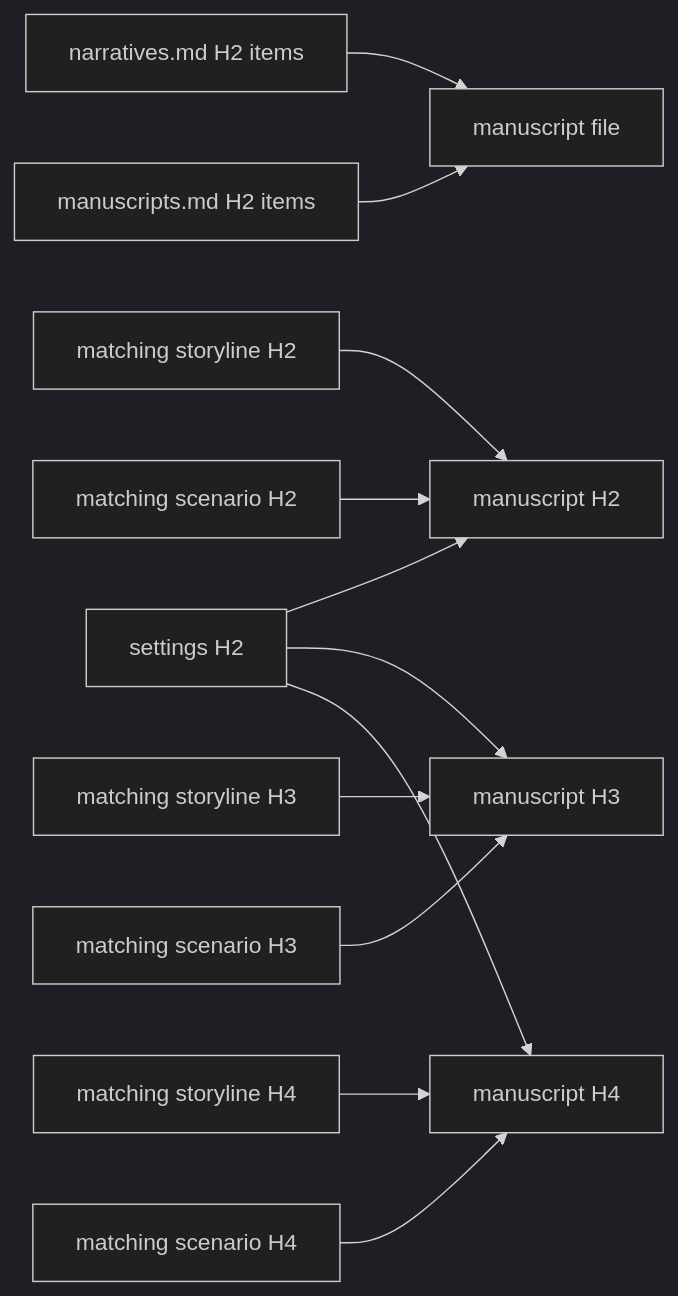
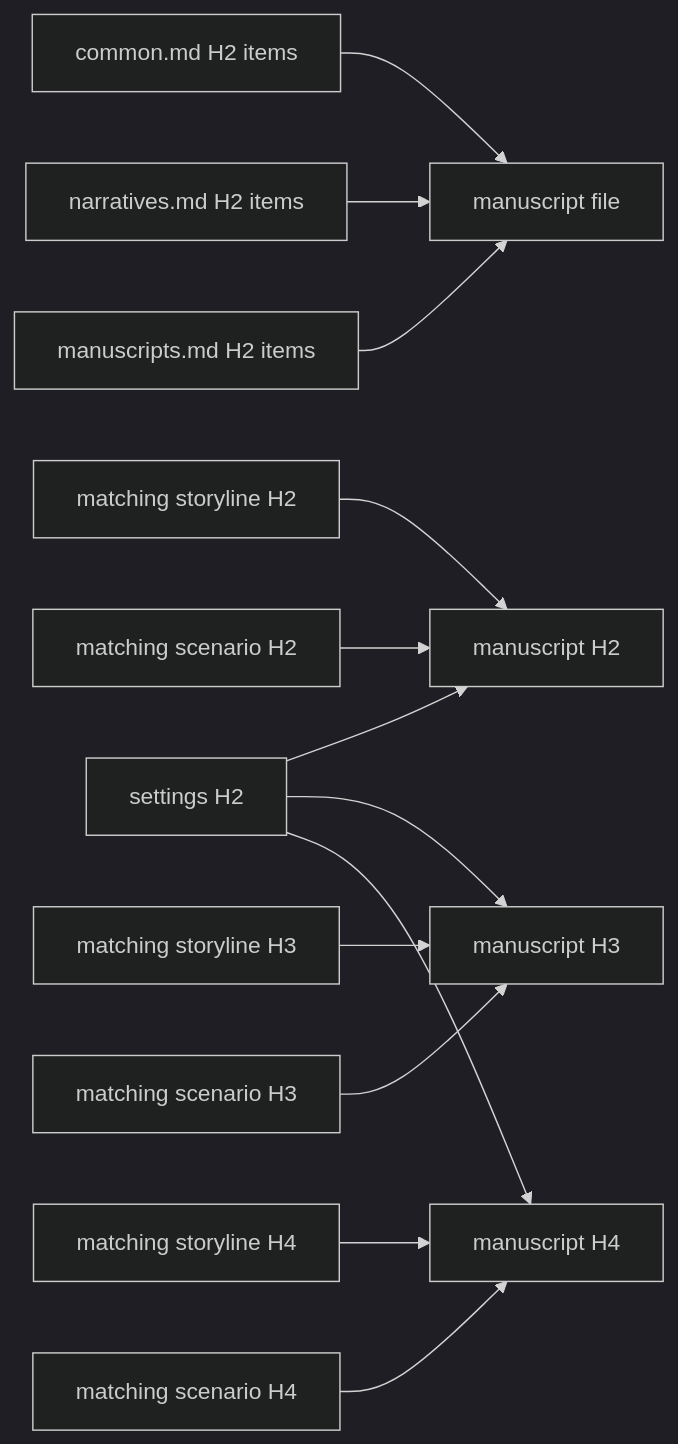
One commit to samchon/novels changed the diagram in .agents/skills/novel/manuscripts.md. Above: the diagram before and after it, drawn with Mermaid (dark theme). The commit also changed other lines of this file and 14 other files, not shown here.

````diff
--- a/.agents/skills/novel/manuscripts.md
+++ b/.agents/skills/novel/manuscripts.md
@@ -20,14 +20,15 @@
 ```mermaid
 flowchart LR
-  PC["narratives.md H2 items"] --> MF["manuscript file"]
+  CM["common.md H2 items"] --> MF["manuscript file"]
+  PC["narratives.md H2 items"] --> MF
   PL["manuscripts.md H2 items"] --> MF
   F["settings H2"] --> M2["manuscript H2"]
   F --> M3["manuscript H3"]
   F --> M4["manuscript H4"]
   T2["matching storyline H2"] --> M2
   C2["matching scenario H2"] --> M2
   T3["matching storyline H3"] --> M3
   C3["matching scenario H3"] --> M3
   T4["matching storyline H4"] --> M4
   C4["matching scenario H4"] --> M4
 ```
````
